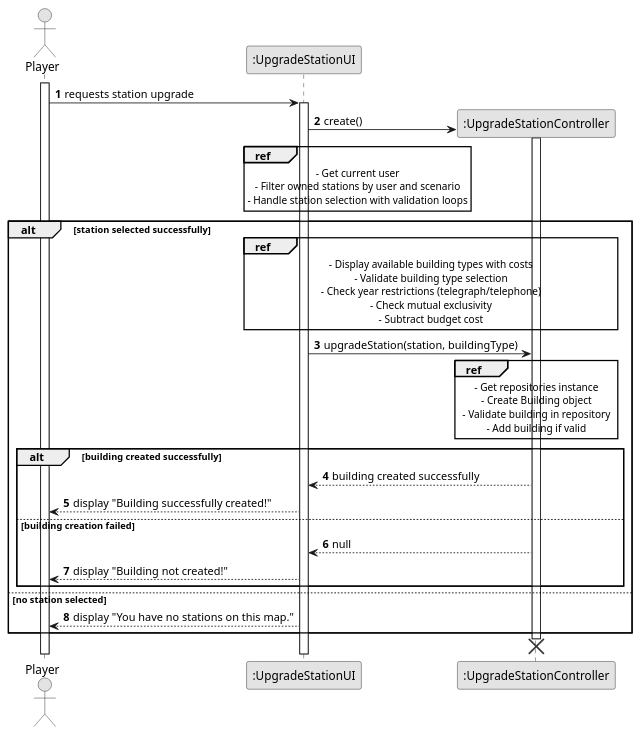
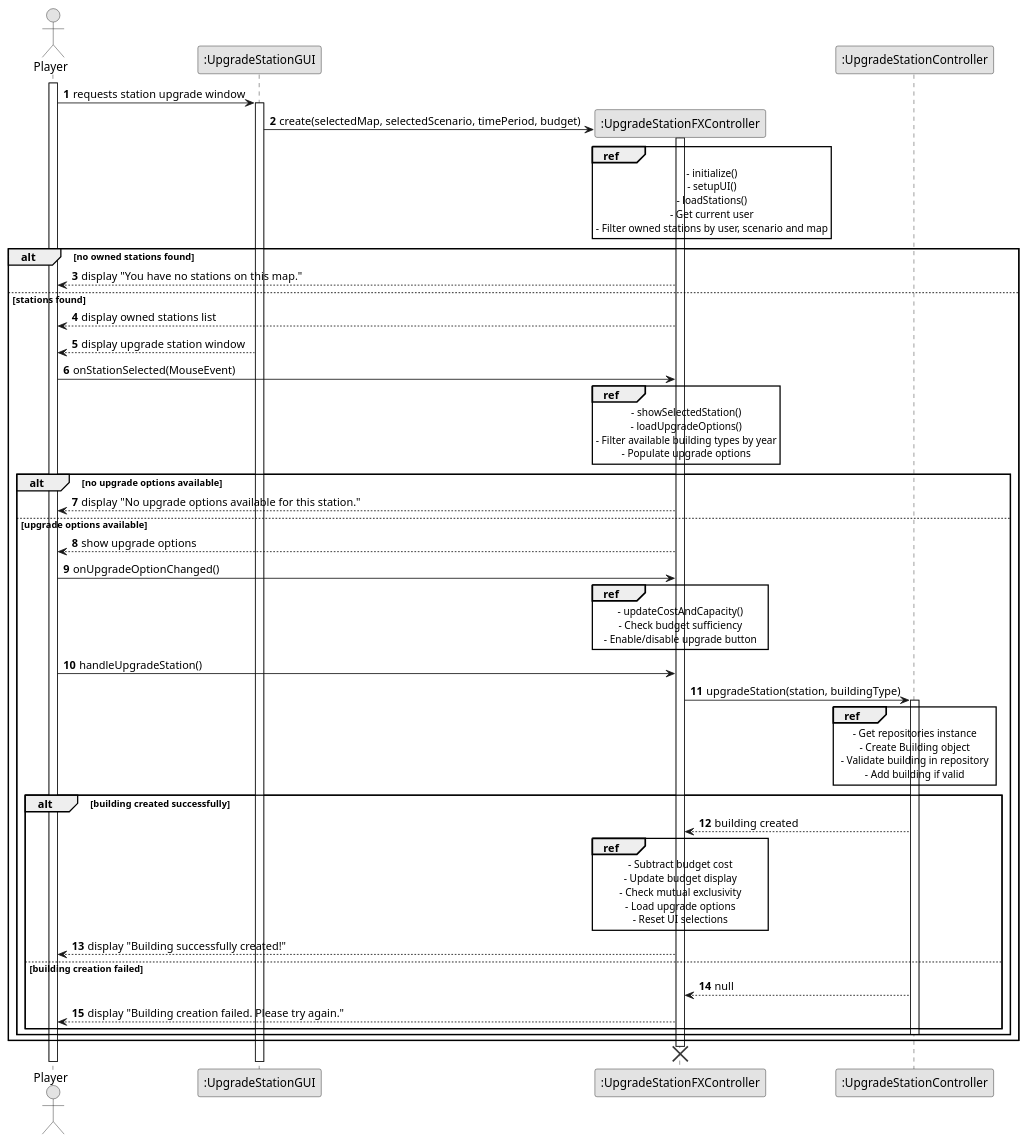
One commit to goncalolopesp/sem2-pi-24.25-g093-repo changed the diagram in docs/system-documentation/US006/03.design/puml/US006-SD-split.puml. Above: the diagram before and after it, drawn with PlantUML. The commit also changed 10 other files, not shown here.

```diff
--- a/docs/system-documentation/US006/03.design/puml/US006-SD-split.puml
+++ b/docs/system-documentation/US006/03.design/puml/US006-SD-split.puml
@@ -1,61 +1,97 @@
 @startuml US006-SD-split
 skinparam monochrome true
 skinparam packageStyle rectangle
 skinparam shadowing false
 
 autonumber
 
 actor "Player" as Player
-participant ":UpgradeStationUI" as UpgradeStationUI
-participant ":UpgradeStationController" as UpgradeStationController
+participant ":UpgradeStationGUI" as GUI
+participant ":UpgradeStationFXController" as Controller
+participant ":UpgradeStationController" as UpgradeController
 
 activate Player
 
-Player -> UpgradeStationUI : requests station upgrade
-activate UpgradeStationUI
+Player -> GUI : requests station upgrade window
+activate GUI
 
-create UpgradeStationController
-UpgradeStationUI -> UpgradeStationController : create()
-activate UpgradeStationController
+create Controller
+GUI -> Controller : create(selectedMap, selectedScenario, timePeriod, budget)
+activate Controller
 
-ref over UpgradeStationUI
+ref over Controller
+    - initialize()
+    - setupUI()
+    - loadStations()
     - Get current user
-    - Filter owned stations by user and scenario
-    - Handle station selection with validation loops
+    - Filter owned stations by user, scenario and map
 end ref
 
-alt station selected successfully
-    ref over UpgradeStationUI, UpgradeStationController
-        - Display available building types with costs
-        - Validate building type selection
-        - Check year restrictions (telegraph/telephone)
-        - Check mutual exclusivity
-        - Subtract budget cost
+alt no owned stations found
+    Controller --> Player : display "You have no stations on this map."
+else stations found
+    Controller --> Player : display owned stations list
+    GUI --> Player : display upgrade station window
+
+    Player -> Controller : onStationSelected(MouseEvent)
+
+    ref over Controller
+        - showSelectedStation()
+        - loadUpgradeOptions()
+        - Filter available building types by year
+        - Populate upgrade options
     end ref
 
-    UpgradeStationUI -> UpgradeStationController : upgradeStation(station, buildingType)
+    alt no upgrade options available
+        Controller --> Player : display "No upgrade options available for this station."
+    else upgrade options available
+        Controller --> Player : show upgrade options
 
-    ref over UpgradeStationController
-        - Get repositories instance
-        - Create Building object
-        - Validate building in repository
-        - Add building if valid
-    end ref
+        Player -> Controller : onUpgradeOptionChanged()
 
-    alt building created successfully
-        UpgradeStationController --> UpgradeStationUI : building created successfully
-        UpgradeStationUI --> Player : display "Building successfully created!"
-    else building creation failed
-        UpgradeStationController --> UpgradeStationUI : null
-        UpgradeStationUI --> Player : display "Building not created!"
+        ref over Controller
+            - updateCostAndCapacity()
+            - Check budget sufficiency
+            - Enable/disable upgrade button
+        end ref
+
+        Player -> Controller : handleUpgradeStation()
+
+        Controller -> UpgradeController : upgradeStation(station, buildingType)
+        activate UpgradeController
+
+        ref over UpgradeController
+            - Get repositories instance
+            - Create Building object
+            - Validate building in repository
+            - Add building if valid
+        end ref
+
+        alt building created successfully
+            UpgradeController --> Controller : building created
+
+            ref over Controller
+                - Subtract budget cost
+                - Update budget display
+                - Check mutual exclusivity
+                - Load upgrade options
+                - Reset UI selections
+            end ref
+
+            Controller --> Player : display "Building successfully created!"
+        else building creation failed
+            UpgradeController --> Controller : null
+            Controller --> Player : display "Building creation failed. Please try again."
+        end
+
+        deactivate UpgradeController
     end
-else no station selected
-    UpgradeStationUI --> Player : display "You have no stations on this map."
 end
 
-destroy UpgradeStationController
-deactivate UpgradeStationController
-deactivate UpgradeStationUI
+
+destroy Controller
+deactivate Controller
+deactivate GUI
 deactivate Player
 
 @enduml
```
